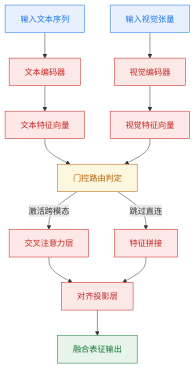
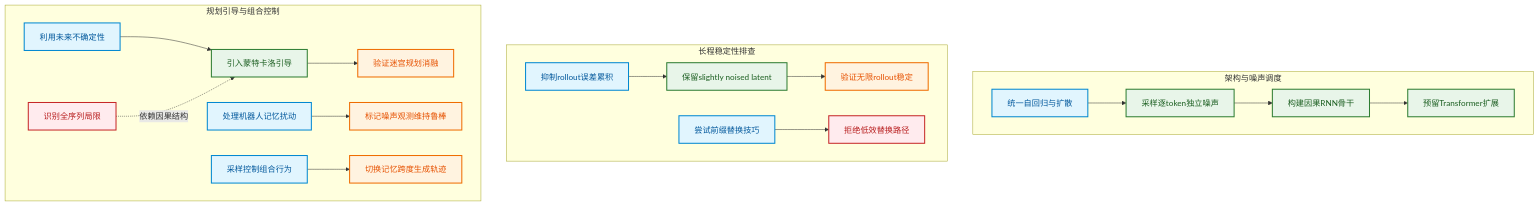
One commit to ShinewineW/paper-rolling changed the seventh of 10 diagrams in person_vault/2026-06-13_DiffusionForcingNextTokenPredictionMeets_2407.01392/report.md. Above: the diagram before and after it, drawn with Mermaid. The commit also changed other lines of this file and 51 other files, not shown here.

````diff
--- a/person_vault/2026-06-13_DiffusionForcingNextTokenPredictionMeets_2407.01392/report.md
+++ b/person_vault/2026-06-13_DiffusionForcingNextTokenPredictionMeets_2407.01392/report.md
@@ -366,24 +460,32 @@
 ```mermaid
-flowchart TB
-    classDef input fill:#e8f0fe,color:#1a73e8,stroke:#1a73e8
-    classDef process fill:#fce8e6,color:#c5221f,stroke:#c5221f
-    classDef gate fill:#fef7e0,color:#b06000,stroke:#b06000
-    classDef output fill:#e6f4ea,color:#137333,stroke:#137333
+flowchart TD
+    subgraph 架构与噪声调度
+        q1["统一自回归与扩散"] --> d1["采样逐token独立噪声"]
+        d1 --> d2["构建因果RNN骨干"]
+        d2 --> p1["预留Transformer扩展"]
+    end
 
-    raw_text["输入文本序列"]:::input --> text_enc["文本编码器"]:::process
-    raw_vision["输入视觉张量"]:::input --> vision_enc["视觉编码器"]:::process
-    
-    text_enc --> text_feat["文本特征向量"]:::process
-    vision_enc --> vision_feat["视觉特征向量"]:::process
-    
-    text_feat --> gate_ctrl["门控路由判定"]:::gate
-    vision_feat --> gate_ctrl
-    
-    gate_ctrl -- 激活跨模态 --> cross_attn["交叉注意力层"]:::process
-    gate_ctrl -- 跳过直连 --> skip_merge["特征拼接"]:::process
-    
-    cross_attn --> proj_layer["对齐投影层"]:::process
-    skip_merge --> proj_layer
-    
-    proj_layer --> fused_repr["融合表征输出"]:::output
+    subgraph 长程稳定性排查
+        q3["抑制rollout误差累积"] --> d3["保留slightly noised latent"]
+        d3 --> e3["验证无限rollout稳定"]
+        q5["尝试前缀替换技巧"] --> f2["拒绝低效替换路径"]
+    end
+
+    subgraph 规划引导与组合控制
+        q4["利用未来不确定性"] --> d4["引入蒙特卡洛引导"]
+        d4 --> e4["验证迷宫规划消融"]
+        f1["识别全序列局限"] -. 依赖因果结构 .-> d4
+        q6["处理机器人记忆扰动"] --> e5["标记噪声观测维持鲁棒"]
+        q7["采样控制组合行为"] --> e6["切换记忆跨度生成轨迹"]
+    end
+
+    classDef question fill:#e1f5fe,color:#01579b,stroke:#0288d1,stroke-width:2px;
+    classDef decision fill:#e8f5e9,color:#1b5e20,stroke:#2e7d32,stroke-width:2px;
+    classDef experiment fill:#fff3e0,color:#e65100,stroke:#ef6c00,stroke-width:2px;
+    classDef dead_end fill:#ffebee,color:#b71c1c,stroke:#c62828,stroke-width:2px;
+
+    class q1,q3,q5,q4,q6,q7 question;
+    class d1,d2,d3,d4,p1 decision;
+    class e3,e4,e5,e6 experiment;
+    class f2,f1 dead_end;
 ```
````
